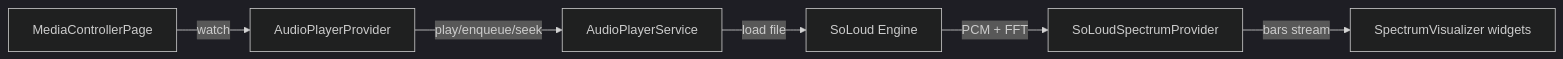
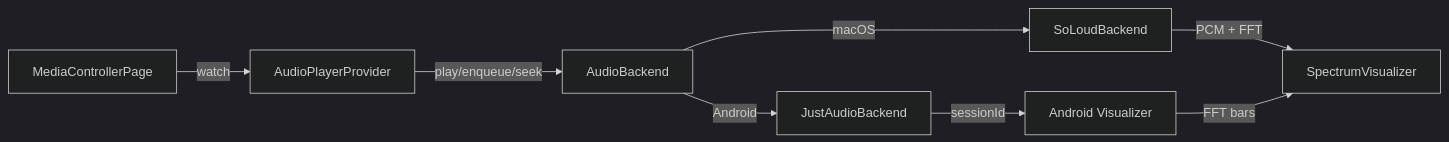
Before and after one commit to maxim-saplin/nothingness: the first of 2 diagrams in docs/architecture/audio-playback-spectrum.md, drawn with Mermaid (dark theme). The commit also changed other lines of this file and 2 other files, not shown here.

Commit message:
Audio refactor docs

````diff
--- a/docs/architecture/audio-playback-spectrum.md
+++ b/docs/architecture/audio-playback-spectrum.md
@@ -20,8 +21,10 @@
 ```mermaid
 flowchart LR
   UI[MediaControllerPage] -->|watch| Provider[AudioPlayerProvider]
-  Provider -->|play/enqueue/seek| Player[AudioPlayerService]
-    Player -->|load file| SoLoud[SoLoud Engine]
-    SoLoud -->|PCM + FFT| Spectrum[SoLoudSpectrumProvider]
-    Spectrum -->|bars stream| Visualizer[SpectrumVisualizer widgets]
+  Provider -->|play/enqueue/seek| Backend[AudioBackend]
+    Backend -->|macOS| SoLoud[SoLoudBackend]
+    Backend -->|Android| JA[JustAudioBackend]
+    SoLoud -->|PCM + FFT| Vis[SpectrumVisualizer]
+    JA -->|sessionId| Native[Android Visualizer]
+    Native -->|FFT bars| Vis
 ```
````
